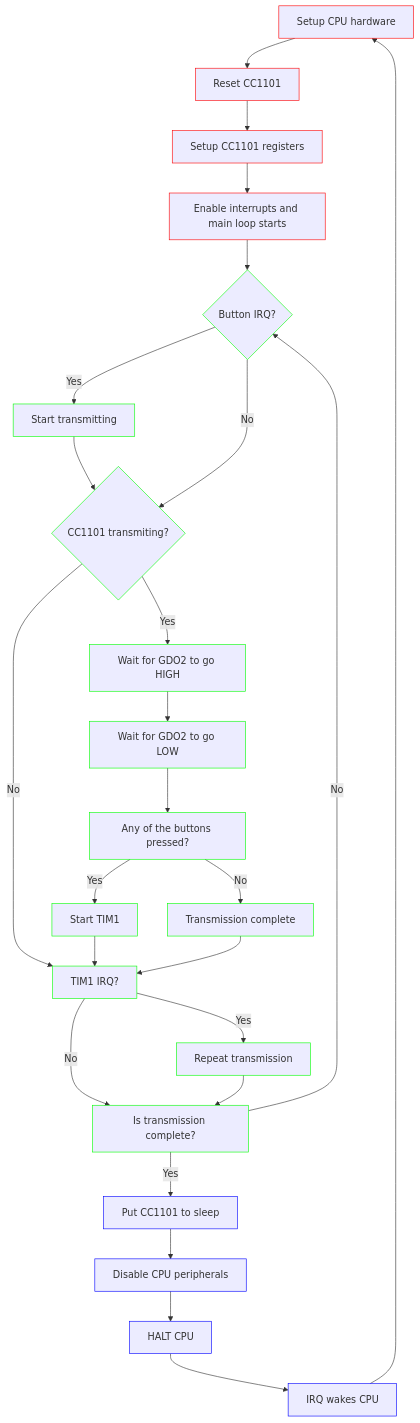
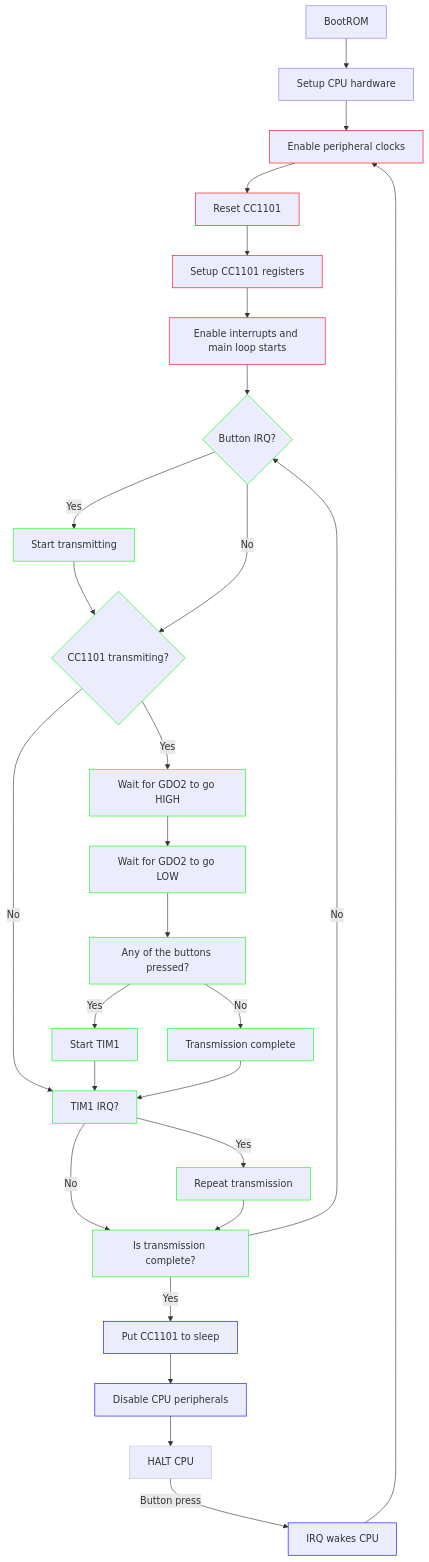
The first of 2 diagrams in src/README.md (robot9706/stm8-cc1101-remote), drawn with Mermaid before and after one commit.

````diff
--- a/src/README.md
+++ b/src/README.md
@@ -25,33 +25,37 @@
 ```mermaid
   graph TD;  
       classDef setup stroke:#ff0000;
       classDef mainloop stroke:#00ff00;
       classDef sleep stroke:#0000ff;
+      classDef halt stroke:#c4c4c4;
+      
+      BT[BootROM] --> BTA[Setup CPU hardware]
+      BTA --> A
   
-      A[Setup CPU hardware]-->B[Reset CC1101];
+      A[Enable peripheral clocks]-->B[Reset CC1101];
       B:::setup-->C[Setup CC1101 registers];
       C:::setup-->D[Enable interrupts and main loop starts];
 
       D:::setup-->E{Button IRQ?};
       E:::mainloop -- Yes --> F[Start transmitting]
       F:::mainloop-->G
       E -- No --> G{CC1101 transmiting?}
       G:::mainloop -- Yes --> H[Wait for GDO2 to go HIGH]
       G -- No --> L
       H:::mainloop --> I[Wait for GDO2 to go LOW]
       I:::mainloop --> J[Any of the buttons pressed?]
       J:::mainloop -- Yes --> K[Start TIM1]
       J -- No --> O[Transmission complete]
       K:::mainloop --> L
       O:::mainloop --> L[TIM1 IRQ?]
       L:::mainloop -- Yes --> M[Repeat transmission]
       L -- No --> N
       M:::mainloop --> N:::mainloop
       N[Is transmission complete?] -- Yes --> P[Put CC1101 to sleep]
       N -- No --> E
       
       P:::sleep --> Q[Disable CPU peripherals]
       Q:::sleep --> S[HALT CPU]
-      S:::sleep --> Z[IRQ wakes CPU]
+      S:::halt -- Button press --> Z[IRQ wakes CPU]
       Z:::sleep --> A:::setup
 ```
````
